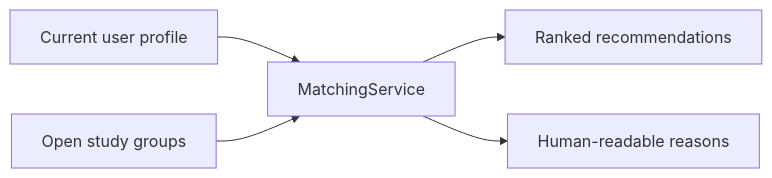
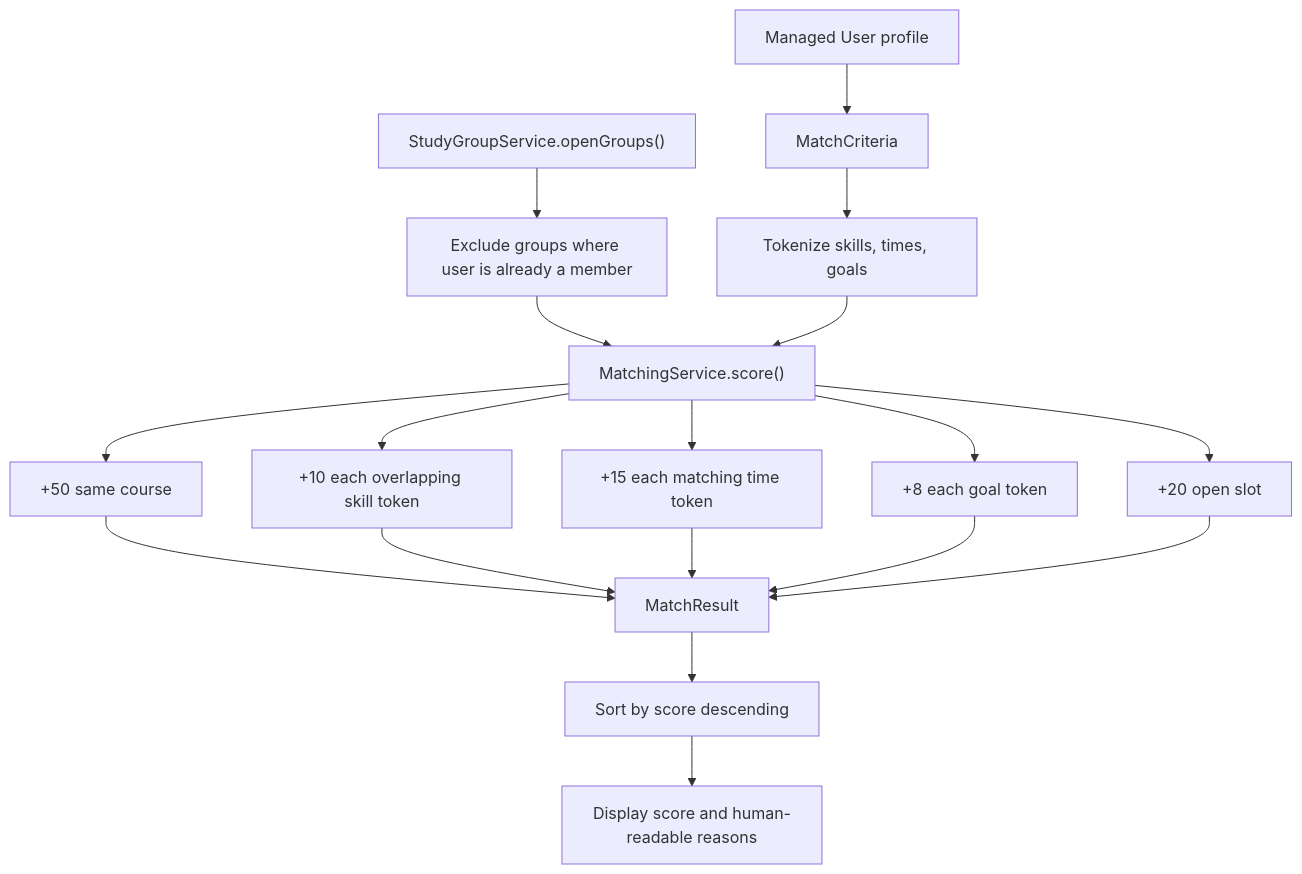
Before and after one commit to Smallyuyu/StudyLink: the seventh of 8 diagrams in docs/diagrams/architecture.md, drawn with Mermaid. The commit also changed other lines of this file, not shown here.

Commit message:
Update Diagram

````diff
--- a/docs/diagrams/architecture.md
+++ b/docs/diagrams/architecture.md
@@ -82,7 +235,20 @@
 ```mermaid
-flowchart LR
-    Criteria["Current user profile"] --> Score["MatchingService"]
-    Groups["Open study groups"] --> Score
-    Score --> Ranked["Ranked recommendations"]
-    Score --> Reasons["Human-readable reasons"]
+flowchart TD
+    UserProfile["Managed User profile"] --> Criteria["MatchCriteria"]
+    Criteria --> Tokens["Tokenize skills, times, goals"]
+    OpenGroups["StudyGroupService.openGroups()"] --> ExcludeMembers["Exclude groups where user is already a member"]
+    ExcludeMembers --> Score["MatchingService.score()"]
+    Tokens --> Score
+    Score --> SameCourse["+50 same course"]
+    Score --> SkillOverlap["+10 each overlapping skill token"]
+    Score --> TimeOverlap["+15 each matching time token"]
+    Score --> GoalOverlap["+8 each goal token"]
+    Score --> OpenSlot["+20 open slot"]
+    SameCourse --> Result["MatchResult"]
+    SkillOverlap --> Result
+    TimeOverlap --> Result
+    GoalOverlap --> Result
+    OpenSlot --> Result
+    Result --> Ranked["Sort by score descending"]
+    Ranked --> Reasons["Display score and human-readable reasons"]
 ```
````
